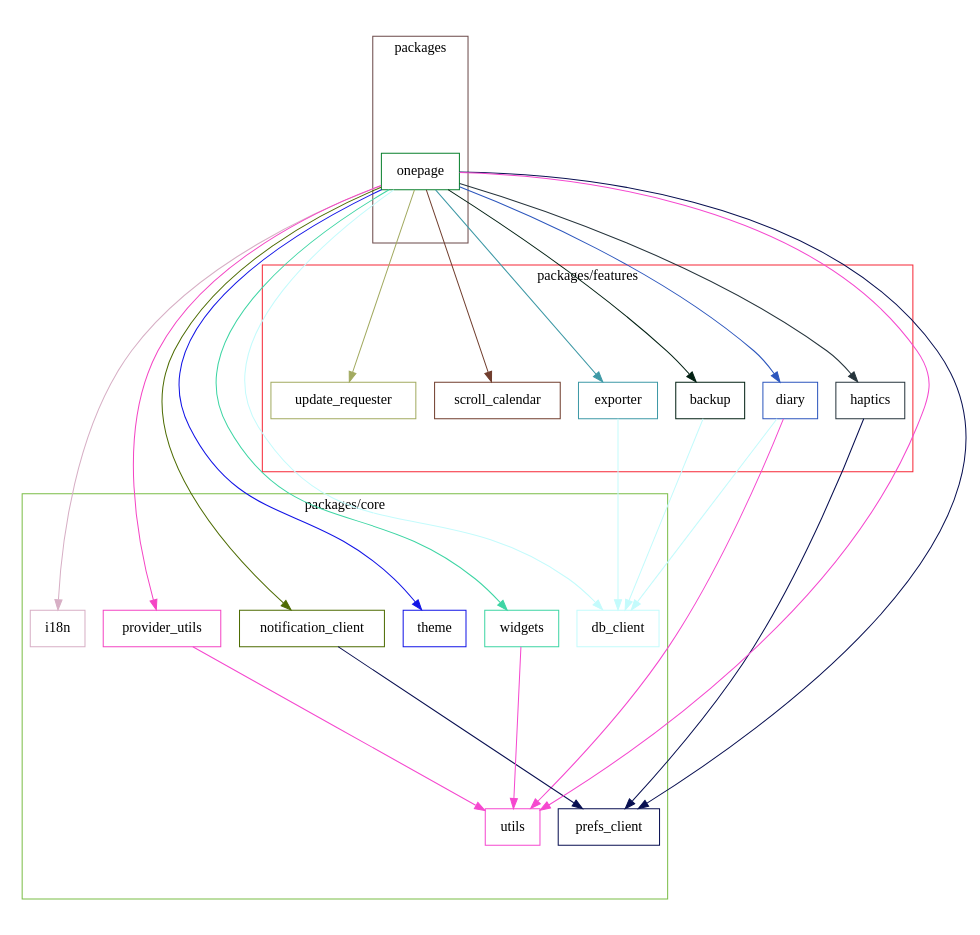
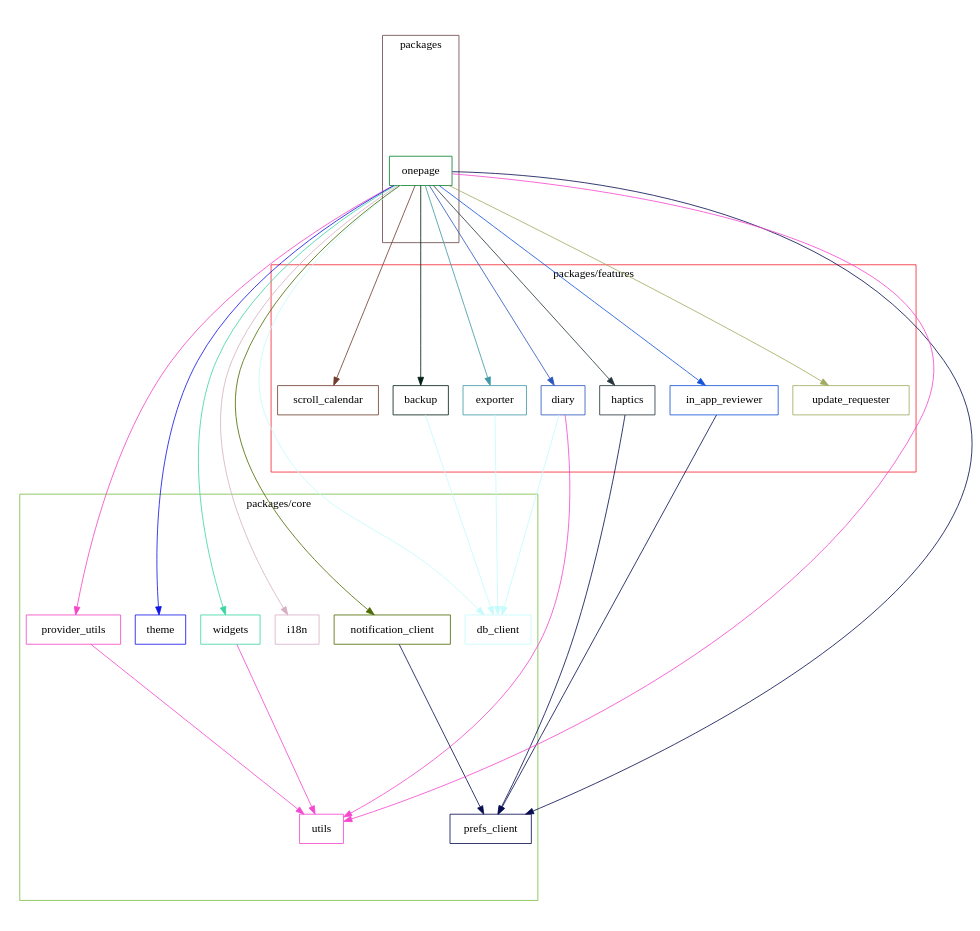
One commit to naipaka/onepage changed the diagram in docs/dependency_graph.dot. Above: the diagram before and after it, drawn with Graphviz. The commit also changed 1 other file, not shown here.

Commit message:
Update Dependency Graph and SVG image (#130)

```diff
--- a/docs/dependency_graph.dot
+++ b/docs/dependency_graph.dot
@@ -1,67 +1,71 @@
 digraph packages {
   size="10"; ratio=fill;
   backup [shape="box"; color="#022013"];
   db_client [shape="box"; color="#c4fbfc"];
   diary [shape="box"; color="#2c56bd"];
   exporter [shape="box"; color="#3e99a6"];
   haptics [shape="box"; color="#26343c"];
   i18n [shape="box"; color="#d7afc5"];
+  in_app_reviewer [shape="box"; color="#1253da"];
   notification_client [shape="box"; color="#4d6b02"];
   onepage [shape="box"; color="#08802d"];
   prefs_client [shape="box"; color="#080f51"];
   provider_utils [shape="box"; color="#f445c4"];
   scroll_calendar [shape="box"; color="#713e2e"];
   theme [shape="box"; color="#1214e6"];
   update_requester [shape="box"; color="#a2aa60"];
   utils [shape="box"; color="#f548cf"];
   widgets [shape="box"; color="#3ed5a4"];
   backup -> db_client [style="filled"; color="#c4fbfc"];
   diary -> db_client [style="filled"; color="#c4fbfc"];
   diary -> utils [style="filled"; color="#f548cf"];
   exporter -> db_client [style="filled"; color="#c4fbfc"];
   haptics -> prefs_client [style="filled"; color="#080f51"];
+  in_app_reviewer -> prefs_client [style="filled"; color="#080f51"];
   notification_client -> prefs_client [style="filled"; color="#080f51"];
   onepage -> backup [style="filled"; color="#022013"];
   onepage -> db_client [style="filled"; color="#c4fbfc"];
   onepage -> diary [style="filled"; color="#2c56bd"];
   onepage -> exporter [style="filled"; color="#3e99a6"];
   onepage -> haptics [style="filled"; color="#26343c"];
   onepage -> i18n [style="filled"; color="#d7afc5"];
+  onepage -> in_app_reviewer [style="filled"; color="#1253da"];
   onepage -> notification_client [style="filled"; color="#4d6b02"];
   onepage -> prefs_client [style="filled"; color="#080f51"];
   onepage -> provider_utils [style="filled"; color="#f445c4"];
   onepage -> scroll_calendar [style="filled"; color="#713e2e"];
   onepage -> theme [style="filled"; color="#1214e6"];
   onepage -> update_requester [style="filled"; color="#a2aa60"];
   onepage -> utils [style="filled"; color="#f548cf"];
   onepage -> widgets [style="filled"; color="#3ed5a4"];
   provider_utils -> utils [style="filled"; color="#f548cf"];
   widgets -> utils [style="filled"; color="#f548cf"];
   subgraph "cluster packages/features" {
     label="packages/features";
     color="#f62736";
     backup;
     diary;
     exporter;
     haptics;
+    in_app_reviewer;
     scroll_calendar;
     update_requester;
   }
   subgraph "cluster packages/core" {
     label="packages/core";
     color="#7bbd47";
     db_client;
     i18n;
     notification_client;
     prefs_client;
     provider_utils;
     theme;
     utils;
     widgets;
   }
   subgraph "cluster packages" {
     label="packages";
     color="#6b4949";
     onepage;
   }
 }
```
